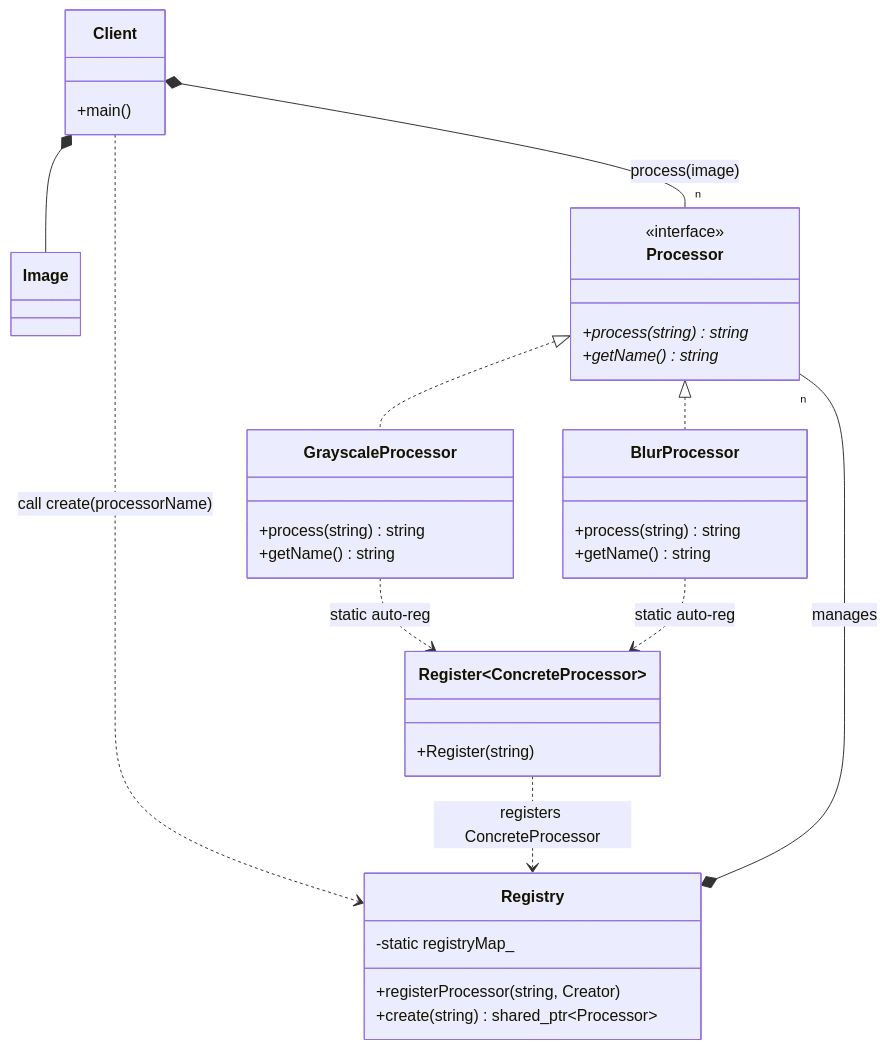
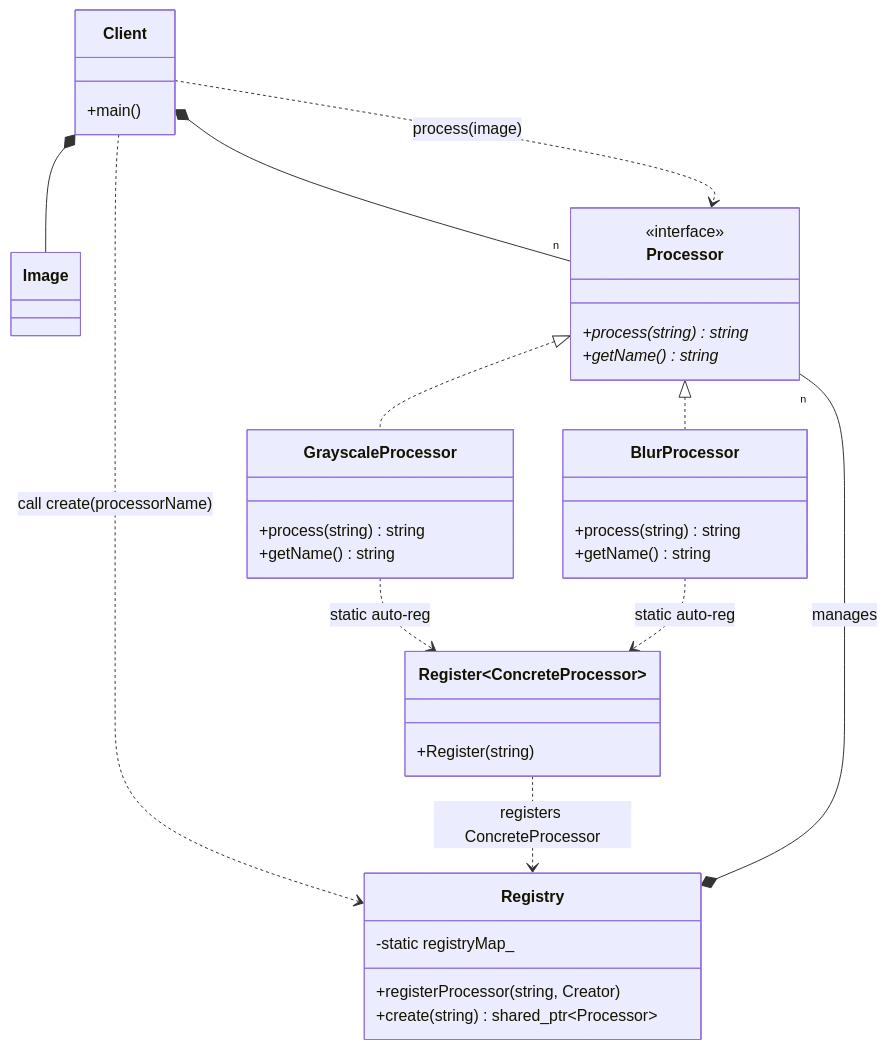
The diagram in 16_Register/README.md (Cichlidfishexigency721/Modern-CPP-Design-Patterns), drawn with Mermaid before and after one commit. The commit also changed 1 other file, not shown here.

Commit message:
UML improvement

````diff
--- a/16_Register/README.md
+++ b/16_Register/README.md
@@ -96,53 +96,54 @@
 ```mermaid
 classDiagram
    class Image
 
    class Processor {
       <<interface>>
       +process(string) string*
       +getName() string*
    }
 
    class GrayscaleProcessor {
       +process(string) string
       +getName() string
    }
 
    class BlurProcessor {
       +process(string) string
       +getName() string
    }
 
    class Registry {
       -static registryMap_
       +registerProcessor(string, Creator)
       +create(string) shared_ptr~Processor~
    }
 
    class Register~ConcreteProcessor~ {
       +Register(string)
    }
 
    class Client {
       +main()
    }
 
    %% Inheritance (Implements)
    Processor <|.. GrayscaleProcessor
    Processor <|.. BlurProcessor
 
    %% The Registry manages the lifecycle of processors (Singleton/Flyweight)
    %% Composition (Has_a) - Multiplicity "n" at the end
    Registry *-- "n" Processor : manages
 
    %% Auto-registration mechanism
    %% Dependency (..>) - No numbers
    Register~ConcreteProcessor~ ..> Registry : registers ConcreteProcessor
    GrayscaleProcessor ..> Register~ConcreteProcessor~ : static auto-reg
    BlurProcessor ..> Register~ConcreteProcessor~ : static auto-reg
 
    %% Client interactions
    Client *-- Image
    Client ..> Registry : call create(processorName)
-   Client *-- "n" Processor : process(image)
+   Client *-- "n" Processor
+   Client ..> Processor : process(image)
 ```
````
